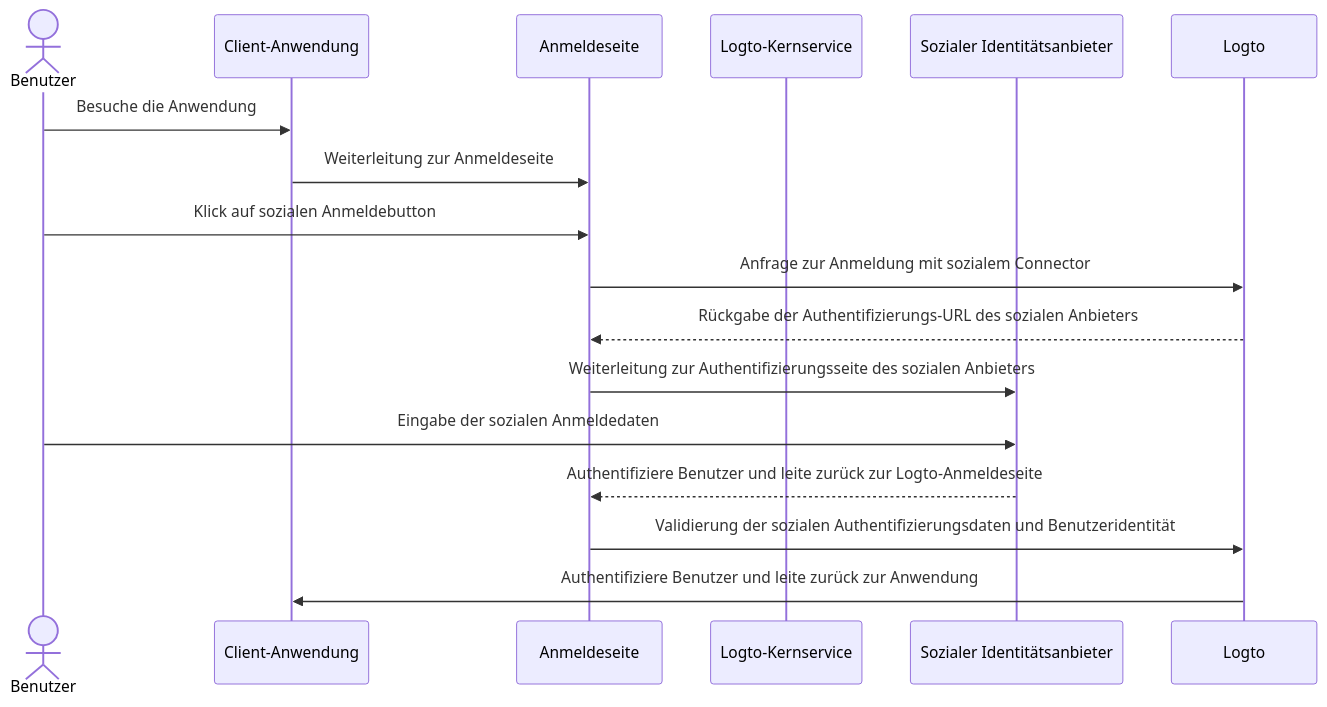
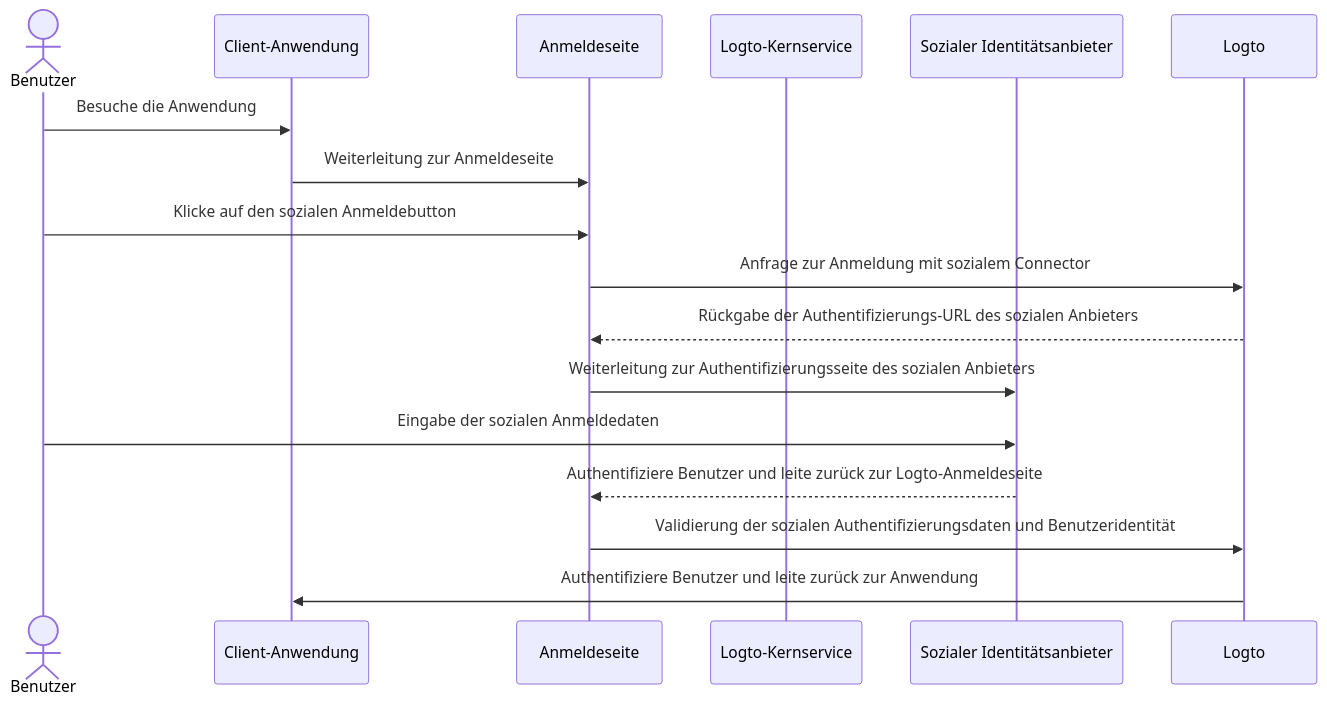
One commit to logto-io/docs changed the first of 6 diagrams in i18n/de/docusaurus-plugin-content-docs/current/end-user-flows/sign-up-and-sign-in/social-sign-in.mdx. Above: the diagram before and after it, drawn with Mermaid. The commit also changed other lines of this file and 407 other files, not shown here.

````diff
--- a/i18n/de/docusaurus-plugin-content-docs/current/end-user-flows/sign-up-and-sign-in/social-sign-in.mdx
+++ b/i18n/de/docusaurus-plugin-content-docs/current/end-user-flows/sign-up-and-sign-in/social-sign-in.mdx
@@ -36,19 +36,19 @@
 ```mermaid
 sequenceDiagram
     actor user as Benutzer
     participant app as Client-Anwendung
     participant experience as Anmeldeseite
     participant logto as Logto-Kernservice
     participant social as Sozialer Identitätsanbieter
 
     user->>app: Besuche die Anwendung
     app->>experience: Weiterleitung zur Anmeldeseite
-    user->>experience: Klick auf sozialen Anmeldebutton
+    user->>experience: Klicke auf den sozialen Anmeldebutton
     experience->>Logto: Anfrage zur Anmeldung mit sozialem Connector
     Logto-->>experience: Rückgabe der Authentifizierungs-URL des sozialen Anbieters
     experience->>social: Weiterleitung zur Authentifizierungsseite des sozialen Anbieters
     user->>social: Eingabe der sozialen Anmeldedaten
     social-->>experience: Authentifiziere Benutzer und leite zurück zur Logto-Anmeldeseite
     experience->>Logto: Validierung der sozialen Authentifizierungsdaten und Benutzeridentität
     Logto->>app: Authentifiziere Benutzer und leite zurück zur Anwendung
 ```
````
